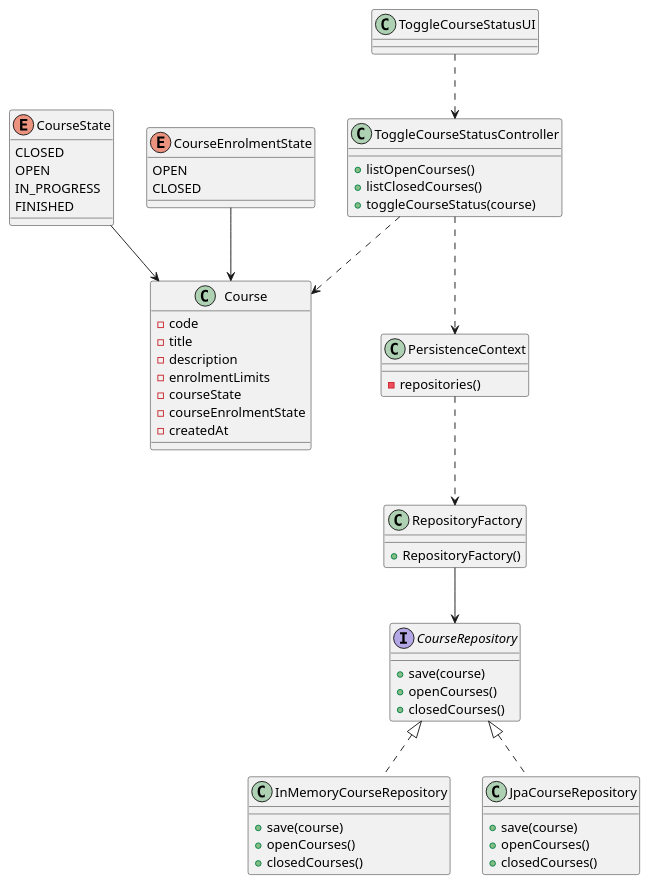
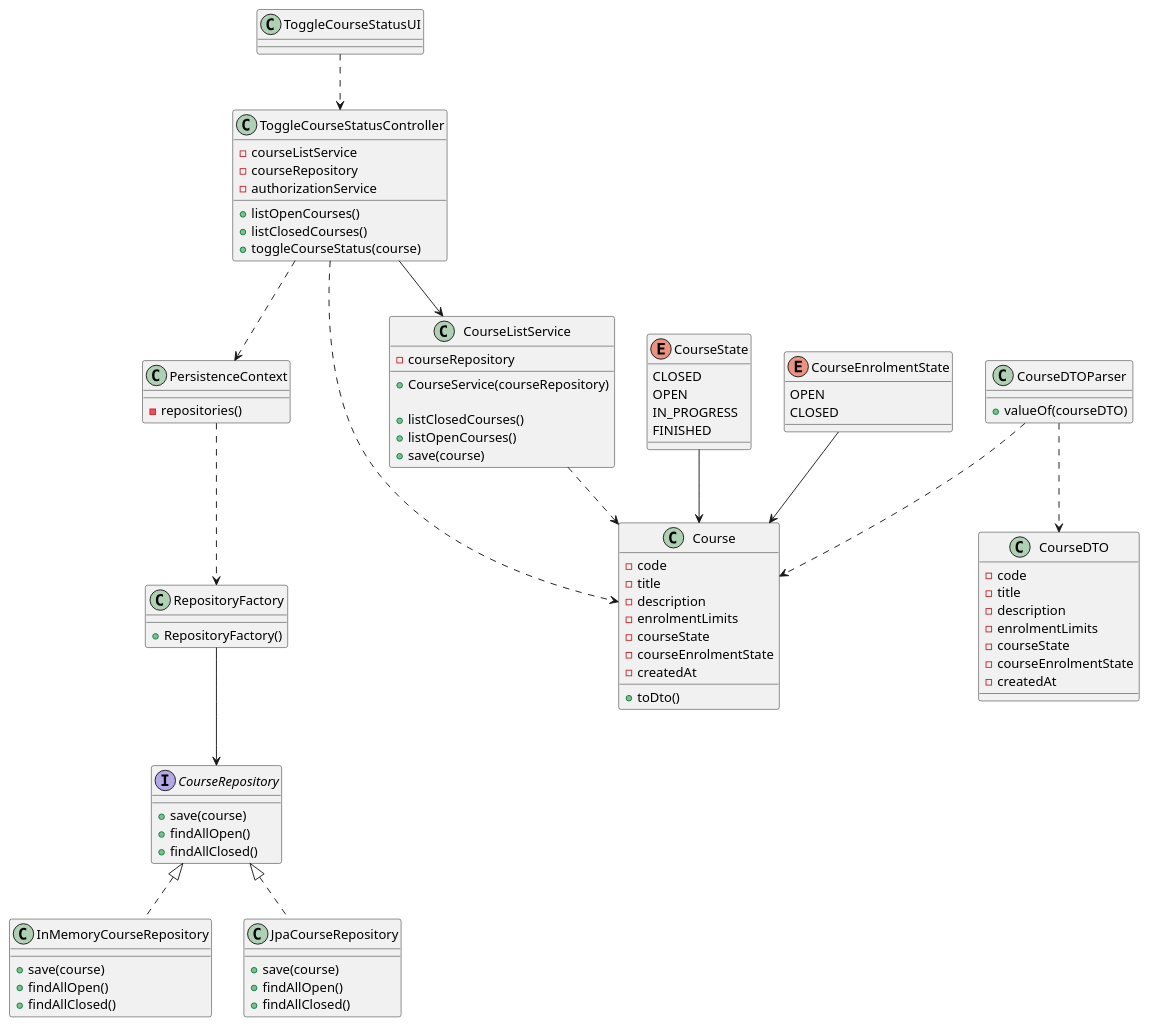
Before and after one commit to miseEnPlace-dev/lapr4: the diagram in docs/sprint-b/us10-1004/US1004_CD.puml, drawn with PlantUML. The commit also changed 1 other file, not shown here.

```diff
--- a/docs/sprint-b/us10-1004/US1004_CD.puml
+++ b/docs/sprint-b/us10-1004/US1004_CD.puml
@@ -1,77 +1,110 @@
 @startuml US1004_CD
 
 class ToggleCourseStatusUI {
 
 }
 
 class ToggleCourseStatusController {
+- courseListService
+- courseRepository
+- authorizationService
 + listOpenCourses()
 + listClosedCourses()
 + toggleCourseStatus(course)
 }
 
 
 class Course {
   - code
   - title
   - description
   - enrolmentLimits
   - courseState
   - courseEnrolmentState
   - createdAt
+  + toDto()
 }
 
 class RepositoryFactory {
   + RepositoryFactory()
 }
 
 interface CourseRepository {
   + save(course)
-  + openCourses()
-  + closedCourses()
+  + findAllOpen()
+  + findAllClosed()
 }
+
+class CourseListService {
+  - courseRepository
+
+  + CourseService(courseRepository)
+
+  + listClosedCourses()
+  + listOpenCourses()
+  + save(course)
+}
+
+class CourseDTO {
+  - code
+  - title
+  - description
+  - enrolmentLimits
+  - courseState
+  - courseEnrolmentState
+  - createdAt
+}
+
+class CourseDTOParser {
+  + valueOf(courseDTO)
+}
+
 
 class InMemoryCourseRepository {
   + save(course)
-  + openCourses()
-  + closedCourses()
+  + findAllOpen()
+  + findAllClosed()
 }
 
 class JpaCourseRepository {
   + save(course)
-  + openCourses()
-  + closedCourses()
+  + findAllOpen()
+  + findAllClosed()
 }
 
 class PersistenceContext {
   - repositories()
 }
 
 
 enum CourseState {
   CLOSED
   OPEN
   IN_PROGRESS
   FINISHED
 }
 
 enum CourseEnrolmentState {
   OPEN
   CLOSED
 }
 
-
 CourseState --> Course
 CourseEnrolmentState --> Course
 
 PersistenceContext ..> RepositoryFactory
 RepositoryFactory --> CourseRepository
 
 CourseRepository <|.. InMemoryCourseRepository
 CourseRepository <|.. JpaCourseRepository
 ToggleCourseStatusController ..> PersistenceContext
 ToggleCourseStatusController ..> Course
 ToggleCourseStatusUI ..> ToggleCourseStatusController
 
+CourseListService ..> Course
+ToggleCourseStatusController --> CourseListService
+
+CourseDTOParser ..> CourseDTO
+CourseDTOParser ..> Course
 
 @enduml
```
